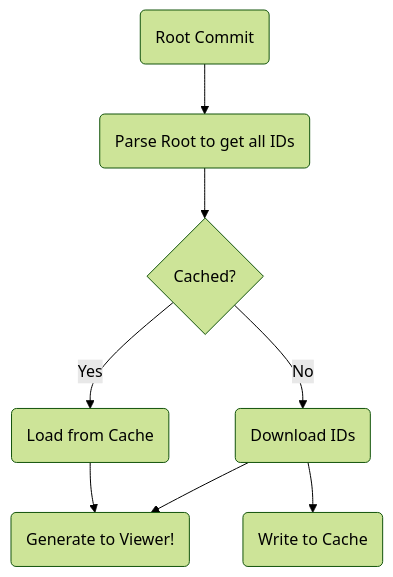
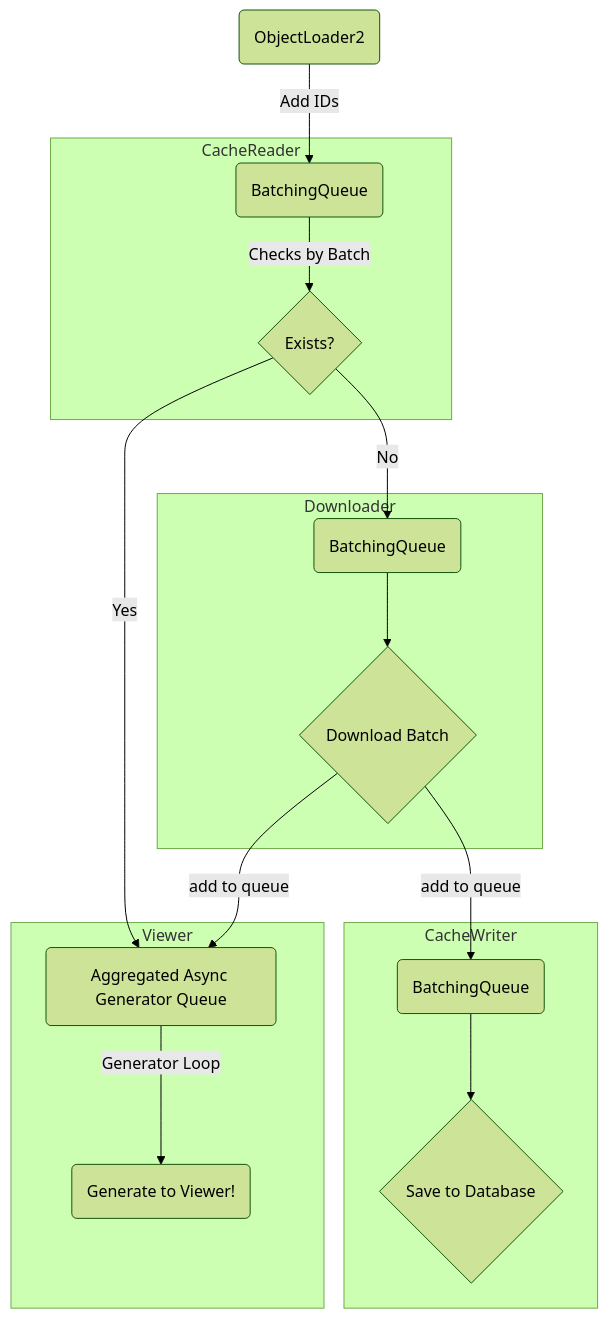
Before and after one commit to specklesystems/speckle-server: the second of 2 diagrams in packages/objectloader2/readme.md, drawn with Mermaid (forest theme). The commit also changed other lines of this file, not shown here.

Commit message:
redo mermaid diagrams

````diff
--- a/packages/objectloader2/readme.md
+++ b/packages/objectloader2/readme.md
@@ -16,19 +29,31 @@
 ```mermaid
 flowchart TD
-  start(Root Commit)
-  getIds(Parse Root to get all IDs)
-  cached{Cached?}
-  download(Download IDs)
-  save(Write to Cache)
-  load(Load from Cache)
-  generate(Generate to Viewer!)
+  start(ObjectLoader2)
+  cachedQueue(BatchingQueue)
+  cachedExists{Exists?}
+  downloadQueue(BatchingQueue)
+  download{Download Batch}
+  saveQueue(BatchingQueue)
+  save{Save to Database}
+  asyncGeneratorQueue(Aggregated Async Generator Queue)
+  loop(Generate to Viewer!)
 
-  start --> getIds
-  getIds --> cached
-  cached -->|Yes| load
-  cached -->|No| download
-  load --> generate
-  download --> generate
-  download --> save
+  start -- Add IDs --> cachedQueue
 
+  subgraph CacheReader
+  cachedQueue -- Checks by Batch --> cachedExists
+  end
+  cachedExists -->|Yes| asyncGeneratorQueue
+  subgraph Downloader
+  cachedExists -->|No| downloadQueue
+  downloadQueue --> download
+  end
+  subgraph CacheWriter
+  download -- add to queue --> saveQueue
+  saveQueue --> save
+  end
+  subgraph Viewer
+  download -- add to queue --> asyncGeneratorQueue
+  asyncGeneratorQueue -- Generator Loop --> loop
+  end
 ```
````
